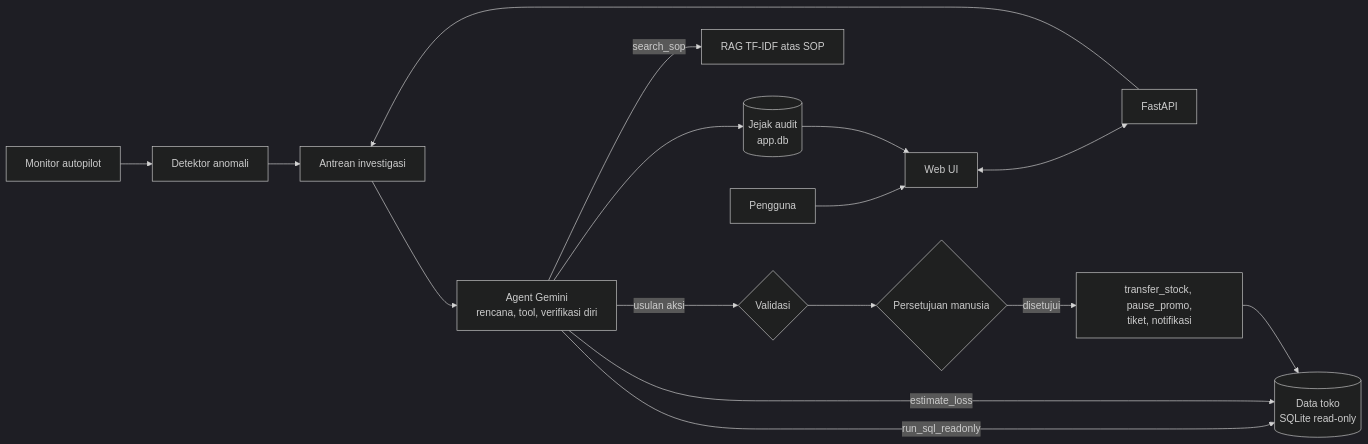
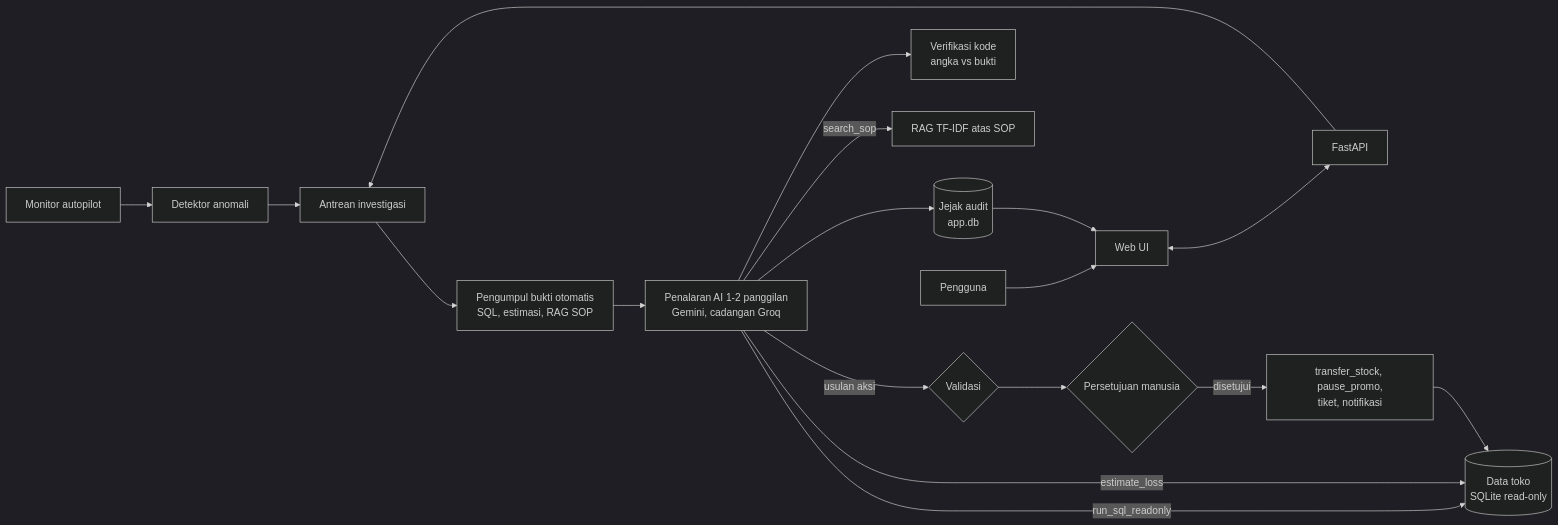
Before and after one commit to idkternn-stack/opspilot: the diagram in README.md, drawn with Mermaid (dark theme). The commit also changed other lines of this file and 20 other files, not shown here.

First line of the commit message:
OpsPilot v6: hemat kuota Gemini, cadangan Groq, mode tanpa AI

````diff
--- a/README.md
+++ b/README.md
@@ -24,18 +26,20 @@
 ```mermaid
 flowchart LR
   M[Monitor autopilot] --> D[Detektor anomali]
   U[Pengguna] --> UI[Web UI]
   UI <--> API[FastAPI]
   D --> Q[Antrean investigasi]
   API --> Q
-  Q --> A[Agent Gemini<br/>rencana, tool, verifikasi diri]
+  Q --> EV[Pengumpul bukti otomatis<br/>SQL, estimasi, RAG SOP]
+  EV --> A[Penalaran AI 1-2 panggilan<br/>Gemini, cadangan Groq]
+  A --> VC[Verifikasi kode<br/>angka vs bukti]
   A -->|run_sql_readonly| DB[(Data toko<br/>SQLite read-only)]
   A -->|search_sop| R[RAG TF-IDF atas SOP]
   A -->|estimate_loss| DB
   A -->|usulan aksi| V{Validasi}
   V --> H{Persetujuan manusia}
   H -->|disetujui| X[transfer_stock, pause_promo,<br/>tiket, notifikasi]
   X --> DB
   A --> L[(Jejak audit<br/>app.db)]
   L --> UI
 ```
````
